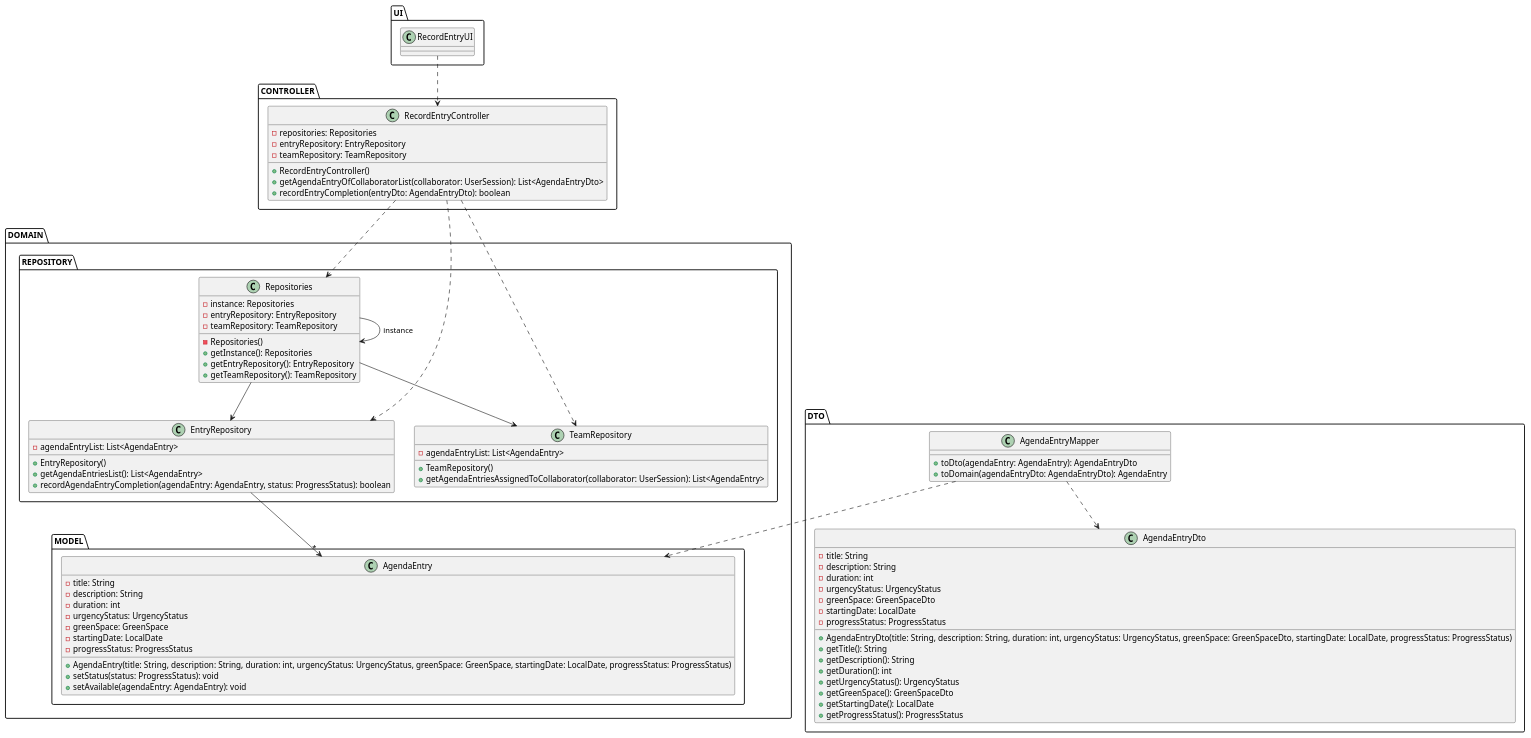
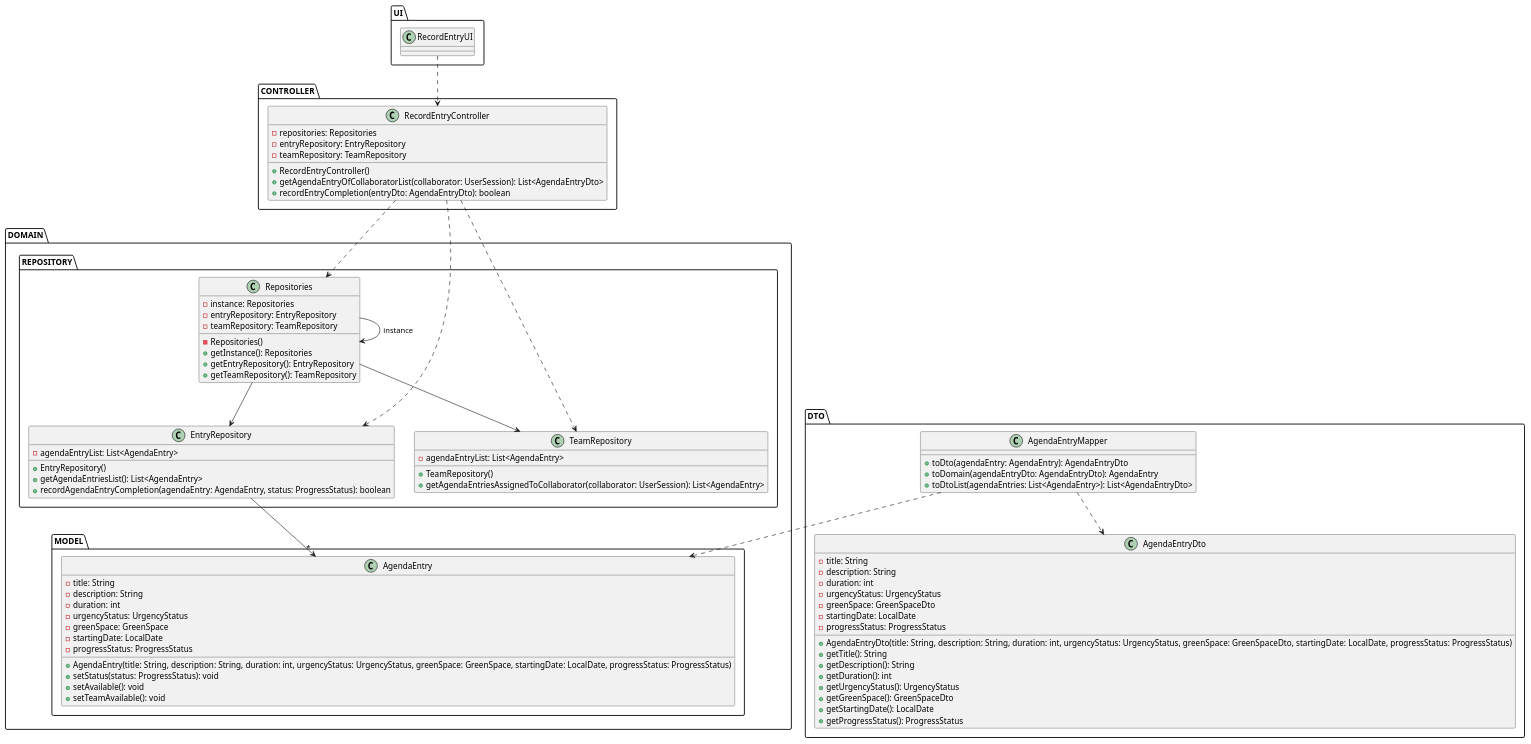
Before and after one commit to ricardomm7/leaflink: the diagram in docs/sprintC/us029/03.design/puml/us029-class-diagram.puml, drawn with PlantUML. The commit also changed 20 other files, not shown here.

```diff
--- a/docs/sprintC/us029/03.design/puml/us029-class-diagram.puml
+++ b/docs/sprintC/us029/03.design/puml/us029-class-diagram.puml
@@ -1,98 +1,101 @@
 @startuml
 skinparam shadowing false
 skinparam line type polyline
-'left to right direction
+
 package UI {
     class RecordEntryUI {
     }
 }
 
 package CONTROLLER {
     class RecordEntryController {
         - repositories: Repositories
         - entryRepository: EntryRepository
         - teamRepository: TeamRepository
         + RecordEntryController()
         + getAgendaEntryOfCollaboratorList(collaborator: UserSession): List<AgendaEntryDto>
         + recordEntryCompletion(entryDto: AgendaEntryDto): boolean
     }
 }
 
 package DOMAIN {
     package REPOSITORY {
         class Repositories {
             - instance: Repositories
             - entryRepository: EntryRepository
             - teamRepository: TeamRepository
             - Repositories()
             + getInstance(): Repositories
             + getEntryRepository(): EntryRepository
             + getTeamRepository(): TeamRepository
         }
 
         class EntryRepository {
             - agendaEntryList: List<AgendaEntry>
             + EntryRepository()
             + getAgendaEntriesList(): List<AgendaEntry>
             + recordAgendaEntryCompletion(agendaEntry: AgendaEntry, status: ProgressStatus): boolean
         }
 
         class TeamRepository {
             - agendaEntryList: List<AgendaEntry>
             + TeamRepository()
             + getAgendaEntriesAssignedToCollaborator(collaborator: UserSession): List<AgendaEntry>
         }
     }
 
     package MODEL {
         class AgendaEntry {
             - title: String
             - description: String
             - duration: int
             - urgencyStatus: UrgencyStatus
             - greenSpace: GreenSpace
             - startingDate: LocalDate
             - progressStatus: ProgressStatus
             + AgendaEntry(title: String, description: String, duration: int, urgencyStatus: UrgencyStatus, greenSpace: GreenSpace, startingDate: LocalDate, progressStatus: ProgressStatus)
             + setStatus(status: ProgressStatus): void
-            + setAvailable(agendaEntry: AgendaEntry): void
+            + setAvailable(): void
+            + setTeamAvailable(): void
         }
     }
 }
-package DTO {
+    package DTO {
         class AgendaEntryMapper {
             + toDto(agendaEntry: AgendaEntry): AgendaEntryDto
             + toDomain(agendaEntryDto: AgendaEntryDto): AgendaEntry
+            + toDtoList(agendaEntries: List<AgendaEntry>): List<AgendaEntryDto>
         }
 
         class AgendaEntryDto {
             - title: String
             - description: String
             - duration: int
             - urgencyStatus: UrgencyStatus
             - greenSpace: GreenSpaceDto
             - startingDate: LocalDate
             - progressStatus: ProgressStatus
             + AgendaEntryDto(title: String, description: String, duration: int, urgencyStatus: UrgencyStatus, greenSpace: GreenSpaceDto, startingDate: LocalDate, progressStatus: ProgressStatus)
             + getTitle(): String
             + getDescription(): String
             + getDuration(): int
             + getUrgencyStatus(): UrgencyStatus
             + getGreenSpace(): GreenSpaceDto
             + getStartingDate(): LocalDate
             + getProgressStatus(): ProgressStatus
         }
     }
 
+
 RecordEntryUI ..> RecordEntryController
 RecordEntryController ..> Repositories
 Repositories --> Repositories: instance
 RecordEntryController ..> EntryRepository
 RecordEntryController ..> TeamRepository
 Repositories --> EntryRepository
 Repositories --> TeamRepository
 EntryRepository --> "*" AgendaEntry
 AgendaEntryMapper ..> AgendaEntryDto
 AgendaEntryMapper ..> AgendaEntry
 
 @enduml
```
